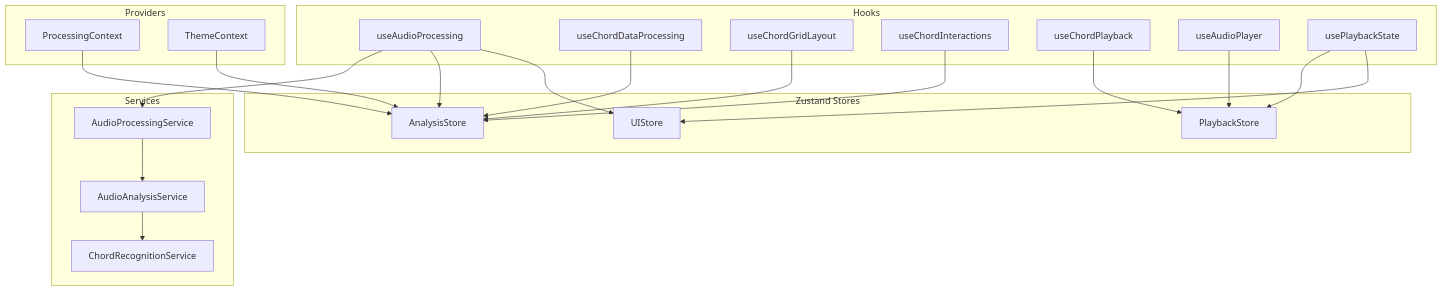
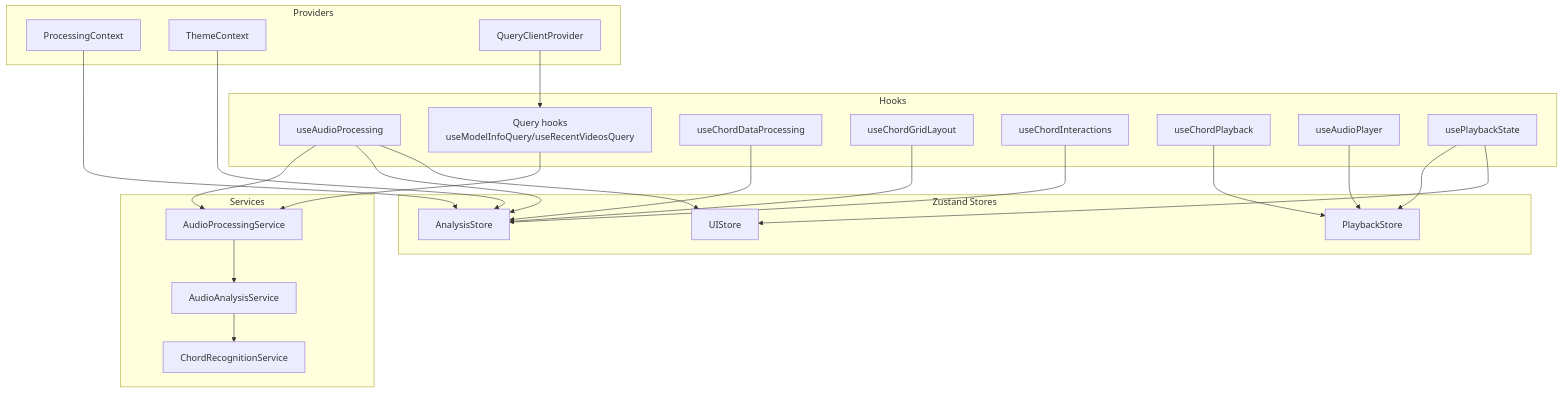
Before and after one commit to ptnghia-j/ChordMiniApp: the first of 8 diagrams in .qoder/repowiki/en/content/Frontend Application/State Management and Data Flow/State Management and Data Flow.md, drawn with Mermaid. The commit also changed other lines of this file and 64 other files, not shown here.

Commit message:
patched beat alignment, added tanstack for model query/ recent video pagination and  added project information

````diff
--- a/.qoder/repowiki/en/content/Frontend Application/State Management and Data Flow/State Management and Data Flow.md
+++ b/.qoder/repowiki/en/content/Frontend Application/State Management and Data Flow/State Management and Data Flow.md
@@ -44,40 +45,44 @@
 ```mermaid
 graph TB
 subgraph "Providers"
 PC["ProcessingContext"]
 TC["ThemeContext"]
+QC["QueryClientProvider"]
 end
 subgraph "Zustand Stores"
 AS["AnalysisStore"]
 PS["PlaybackStore"]
 US["UIStore"]
 end
 subgraph "Hooks"
 HAP["useAudioProcessing"]
+HQ["Query hooks<br/>useModelInfoQuery/useRecentVideosQuery"]
 HCDP["useChordDataProcessing"]
 HCG["useChordGridLayout"]
 HCI["useChordInteractions"]
 HCP["useChordPlayback"]
 HAPL["useAudioPlayer"]
 HPS["usePlaybackState"]
 end
 subgraph "Services"
 APS["AudioProcessingService"]
 AAS["AudioAnalysisService"]
 CRS["ChordRecognitionService"]
 end
 PC --> AS
 TC --> AS
+QC --> HQ
 HAP --> APS
 HAP --> AS
 HAP --> US
 HCP --> PS
 HPS --> PS
 HAPL --> PS
 HCDP --> AS
 HCG --> AS
 HCI --> AS
 HPS --> US
+HQ --> APS
 APS --> AAS
 AAS --> CRS
 ```
````
